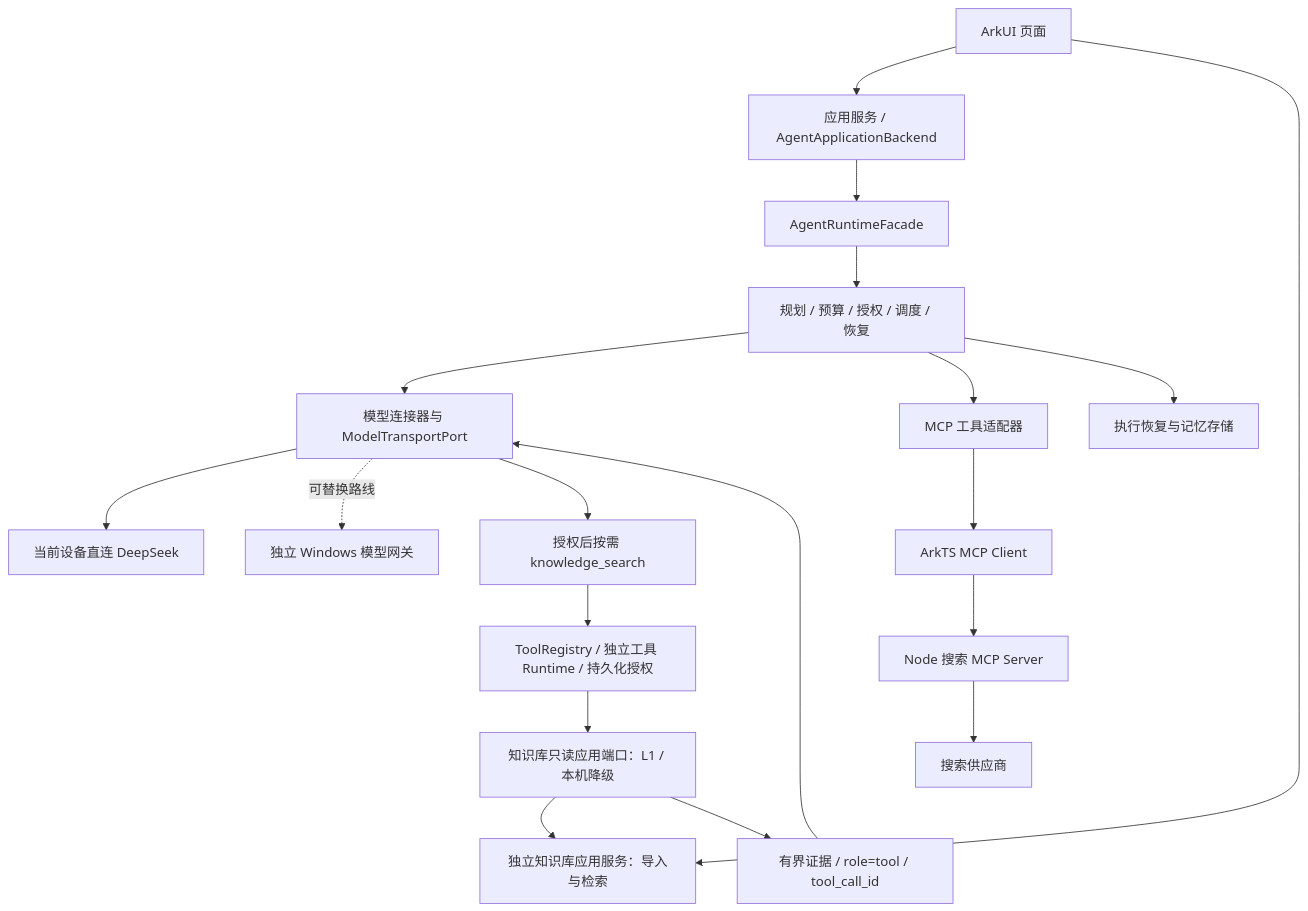
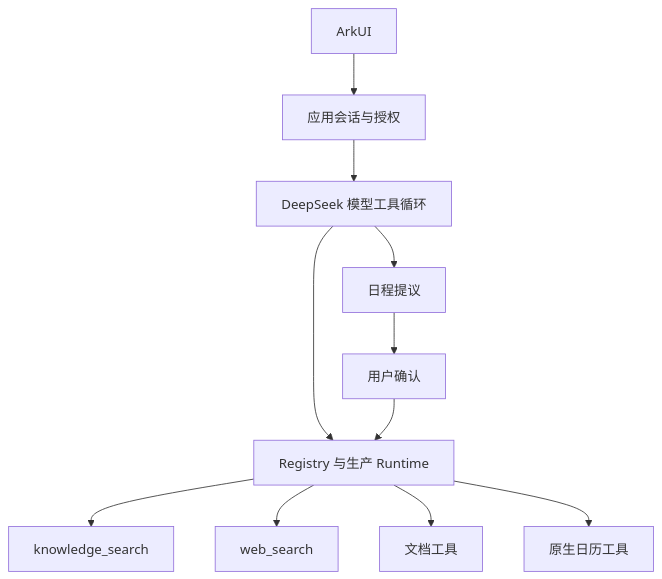
One commit to ZaneOw0/Shuvi-agent changed the diagram in docs/architecture/Agent运行时架构.md. Above: the diagram before and after it, drawn with Mermaid. The commit also changed other lines of this file and 141 other files, not shown here.

````diff
--- a/docs/architecture/Agent运行时架构.md
+++ b/docs/architecture/Agent运行时架构.md
@@ -11,21 +7,13 @@
 ```mermaid
 flowchart TD
-  UI[ArkUI 页面] --> App[应用服务 / AgentApplicationBackend]
-  App --> Facade[AgentRuntimeFacade]
-  Facade --> Runtime[规划 / 预算 / 授权 / 调度 / 恢复]
-  Runtime --> Model[模型连接器与 ModelTransportPort]
-  Runtime --> Tools[MCP 工具适配器]
-  Runtime --> Storage[执行恢复与记忆存储]
-  Model --> Direct[当前设备直连 DeepSeek]
-  Model -. 可替换路线 .-> Gateway[独立 Windows 模型网关]
-  Tools --> Client[ArkTS MCP Client]
-  Client --> Search[Node 搜索 MCP Server]
-  Search --> Provider[搜索供应商]
-  UI --> RAG[独立知识库应用服务：导入与检索]
-  Model --> KBSelect[授权后按需 knowledge_search]
-  KBSelect --> KBRegistry[ToolRegistry / 独立工具 Runtime / 持久化授权]
-  KBRegistry --> KBPort[知识库只读应用端口：L1 / 本机降级]
-  KBPort --> RAG
-  KBPort --> KBResult[有界证据 / role=tool / tool_call_id]
-  KBResult --> Model
+  UI[ArkUI] --> APP[应用会话与授权]
+  APP --> LOOP[DeepSeek 模型工具循环]
+  LOOP --> RT[Registry 与生产 Runtime]
+  RT --> K[knowledge_search]
+  RT --> W[web_search]
+  RT --> D[文档工具]
+  LOOP --> C[日程提议]
+  C --> CONFIRM[用户确认]
+  CONFIRM --> RT
+  RT --> CAL[原生日历工具]
 ```
````
